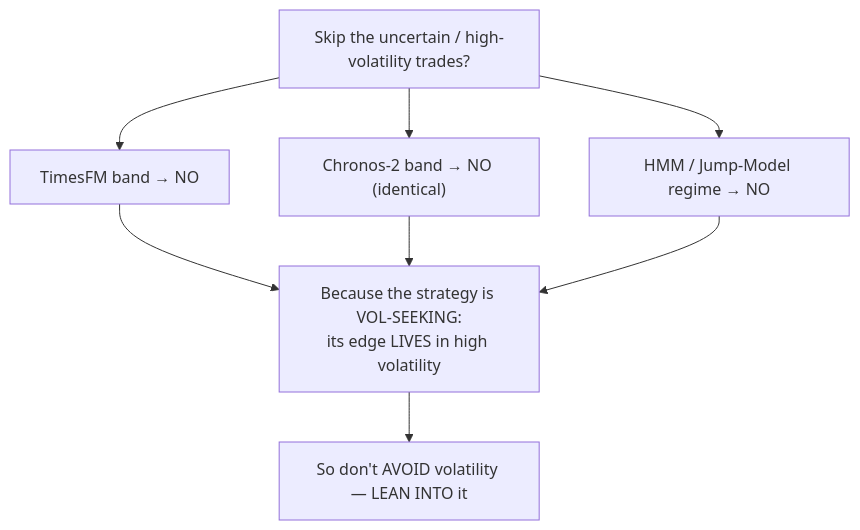
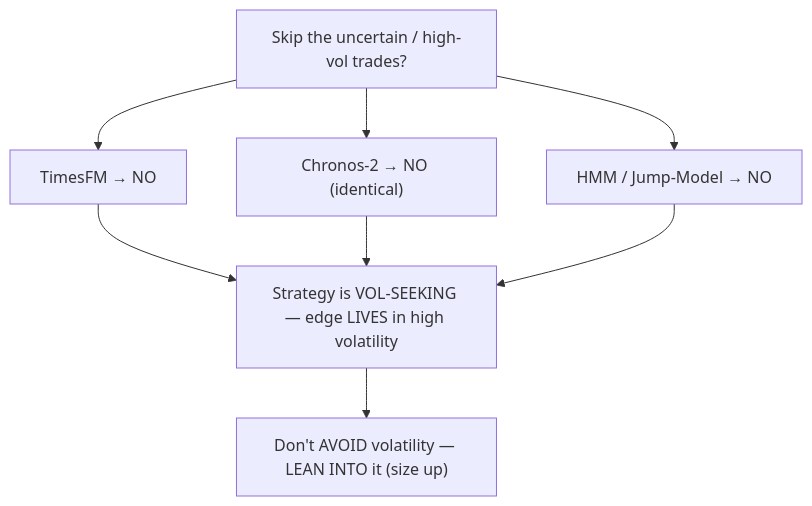
The first of 4 diagrams in subprojects/Parametric-Indicators/DAILY_REPORTS_RESEARCH.md (mulhamfetna/trading-strategy-finder), drawn with Mermaid before and after one commit. The commit also changed other lines of this file, not shown here.

````diff
--- a/subprojects/Parametric-Indicators/DAILY_REPORTS_RESEARCH.md
+++ b/subprojects/Parametric-Indicators/DAILY_REPORTS_RESEARCH.md
@@ -39,8 +34,8 @@
 ```mermaid
 flowchart TD
-    A["Skip the uncertain / high-volatility trades?"] --> B["TimesFM band → NO"]
-    A --> C["Chronos-2 band → NO (identical)"]
-    A --> D["HMM / Jump-Model regime → NO"]
-    B & C & D --> E["Because the strategy is VOL-SEEKING:<br/>its edge LIVES in high volatility"]
-    E --> F["So don't AVOID volatility — LEAN INTO it"]
+    A["Skip the uncertain / high-vol trades?"] --> B["TimesFM → NO"]
+    A --> C["Chronos-2 → NO (identical)"]
+    A --> D["HMM / Jump-Model → NO"]
+    B & C & D --> E["Strategy is VOL-SEEKING — edge LIVES in high volatility"]
+    E --> F["Don't AVOID volatility — LEAN INTO it (size up)"]
 ```
````
